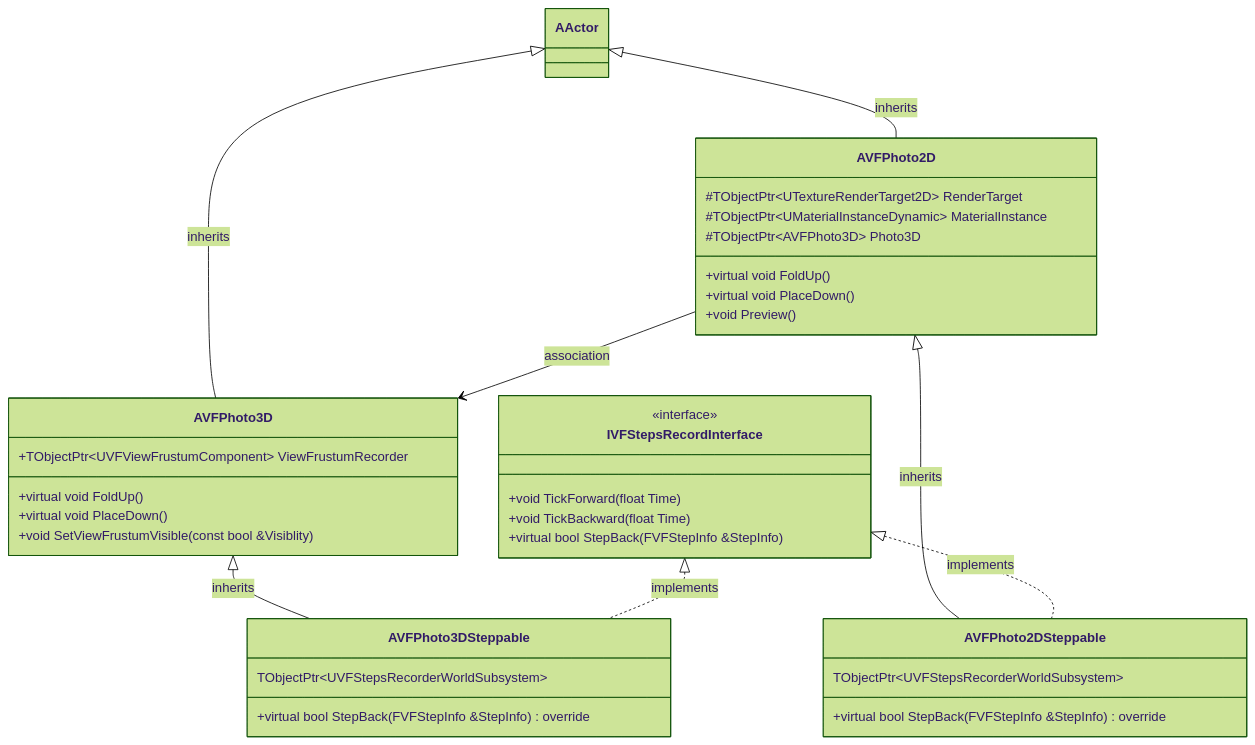
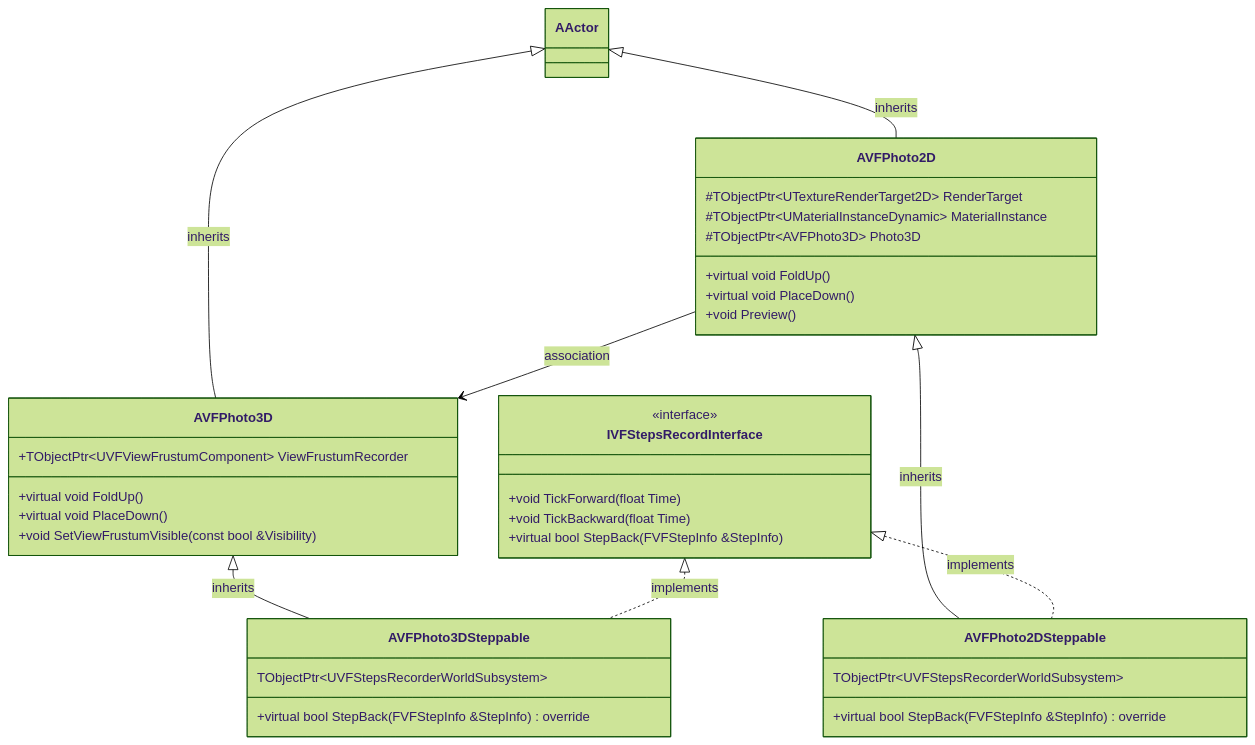
One commit to StrangeDS/ViewFinderRe changed the fourth of 9 diagrams in README.md. Above: the diagram before and after it, drawn with Mermaid (forest theme). The commit also changed other lines of this file and 53 other files, not shown here.

Commit message:
修复拼写错误 源代码, 本地化, 图片, 模块名更正等 AI(iFlow)协助

````diff
--- a/README.md
+++ b/README.md
@@ -1138,47 +1138,47 @@
 ```mermaid
 classDiagram
     class AVFPhoto2D {
       #TObjectPtr~UTextureRenderTarget2D~ RenderTarget
       #TObjectPtr~UMaterialInstanceDynamic~ MaterialInstance
       #TObjectPtr~AVFPhoto3D~ Photo3D
 
       +virtual void FoldUp()
       +virtual void PlaceDown()
       +void Preview() 
     }
 
     class AVFPhoto2DSteppable {
       TObjectPtr~UVFStepsRecorderWorldSubsystem~
 
       +virtual bool StepBack(FVFStepInfo &StepInfo) override
     }
 
     class AVFPhoto3D {
       +TObjectPtr~UVFViewFrustumComponent~ ViewFrustumRecorder
 
       +virtual void FoldUp()
       +virtual void PlaceDown()
-      +void SetViewFrustumVisible(const bool &Visiblity)
+      +void SetViewFrustumVisible(const bool &Visibility)
     }
 
     class AVFPhoto3DSteppable {
       TObjectPtr~UVFStepsRecorderWorldSubsystem~
 
       +virtual bool StepBack(FVFStepInfo &StepInfo) override
     }
 
     class IVFStepsRecordInterface {
       <<interface>>
       +void TickForward(float Time)
       +void TickBackward(float Time)
       +virtual bool StepBack(FVFStepInfo &StepInfo)
     }
 
     AActor <|-- AVFPhoto2D: inherits
     AActor <|-- AVFPhoto3D: inherits
     AVFPhoto2D --> AVFPhoto3D: association
     AVFPhoto2D <|-- AVFPhoto2DSteppable: inherits
     AVFPhoto3D <|-- AVFPhoto3DSteppable: inherits
     IVFStepsRecordInterface <|.. AVFPhoto2DSteppable: implements
     IVFStepsRecordInterface <|.. AVFPhoto3DSteppable: implements
 ```
````
